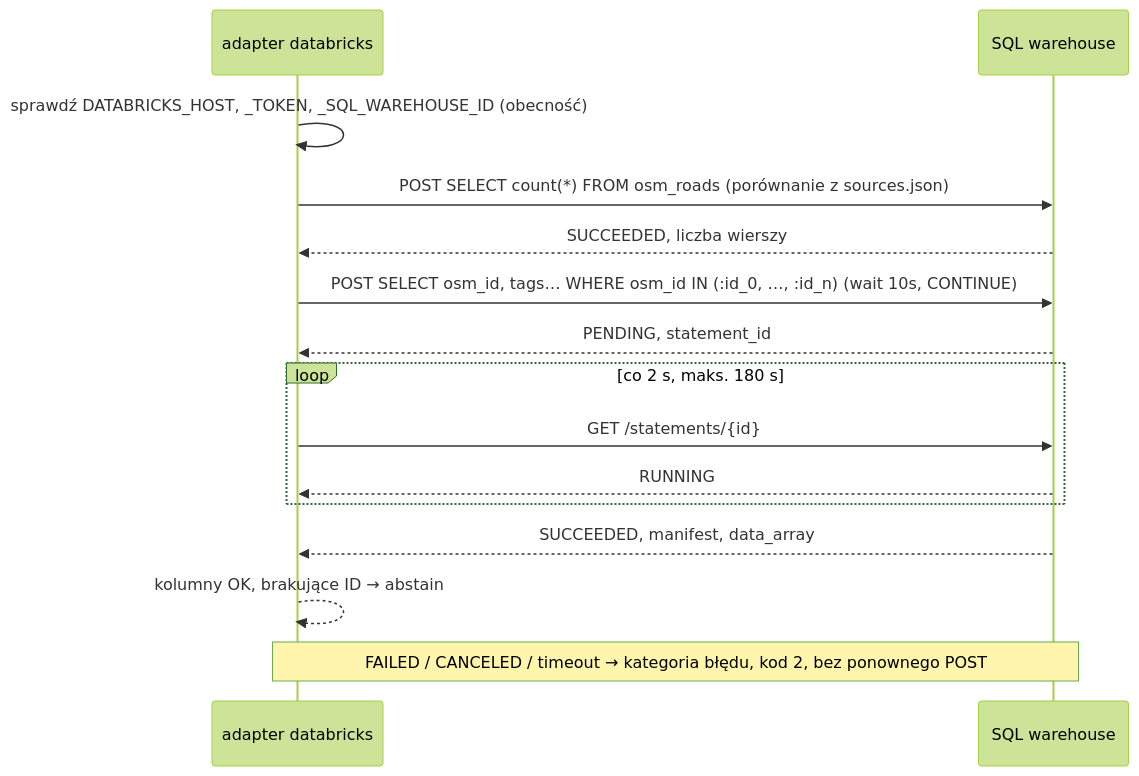
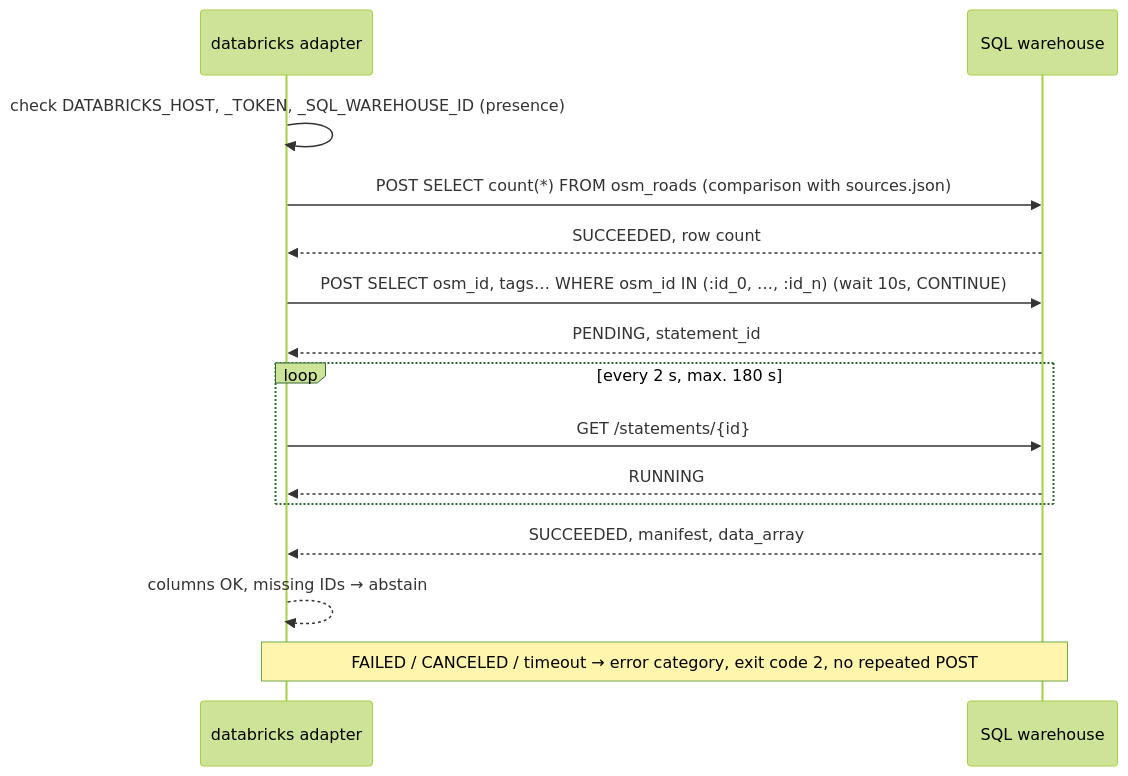
The second of 2 diagrams in docs/ADR/002-data-sources-and-reports.md (sosnowskaga/jsystems-claude-codex-gis-2026-11), drawn with Mermaid (forest theme) before and after one commit. The commit also changed other lines of this file and 3 other files, not shown here.

````diff
--- a/docs/ADR/002-data-sources-and-reports.md
+++ b/docs/ADR/002-data-sources-and-reports.md
@@ -124,17 +124,17 @@
 ```mermaid
 sequenceDiagram
-    participant A as adapter databricks
+    participant A as databricks adapter
     participant W as SQL warehouse
-    A->>A: sprawdź DATABRICKS_HOST, _TOKEN, _SQL_WAREHOUSE_ID (obecność)
-    A->>W: POST SELECT count(*) FROM osm_roads (porównanie z sources.json)
-    W-->>A: SUCCEEDED, liczba wierszy
+    A->>A: check DATABRICKS_HOST, _TOKEN, _SQL_WAREHOUSE_ID (presence)
+    A->>W: POST SELECT count(*) FROM osm_roads (comparison with sources.json)
+    W-->>A: SUCCEEDED, row count
     A->>W: POST SELECT osm_id, tags… WHERE osm_id IN (:id_0, …, :id_n) (wait 10s, CONTINUE)
     W-->>A: PENDING, statement_id
-    loop co 2 s, maks. 180 s
+    loop every 2 s, max. 180 s
         A->>W: GET /statements/{id}
         W-->>A: RUNNING
     end
     W-->>A: SUCCEEDED, manifest, data_array
-    A-->>A: kolumny OK, brakujące ID → abstain
-    Note over A,W: FAILED / CANCELED / timeout → kategoria błędu, kod 2, bez ponownego POST
+    A-->>A: columns OK, missing IDs → abstain
+    Note over A,W: FAILED / CANCELED / timeout → error category, exit code 2, no repeated POST
 ```
````
